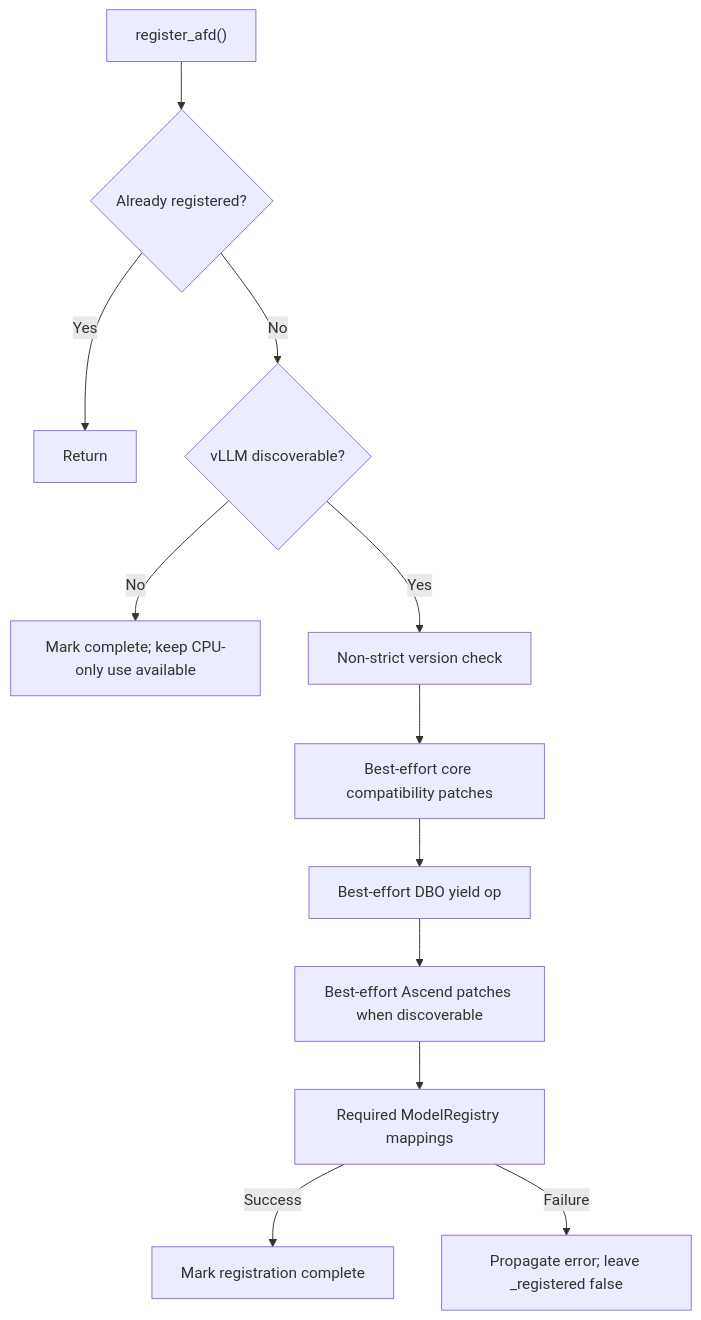
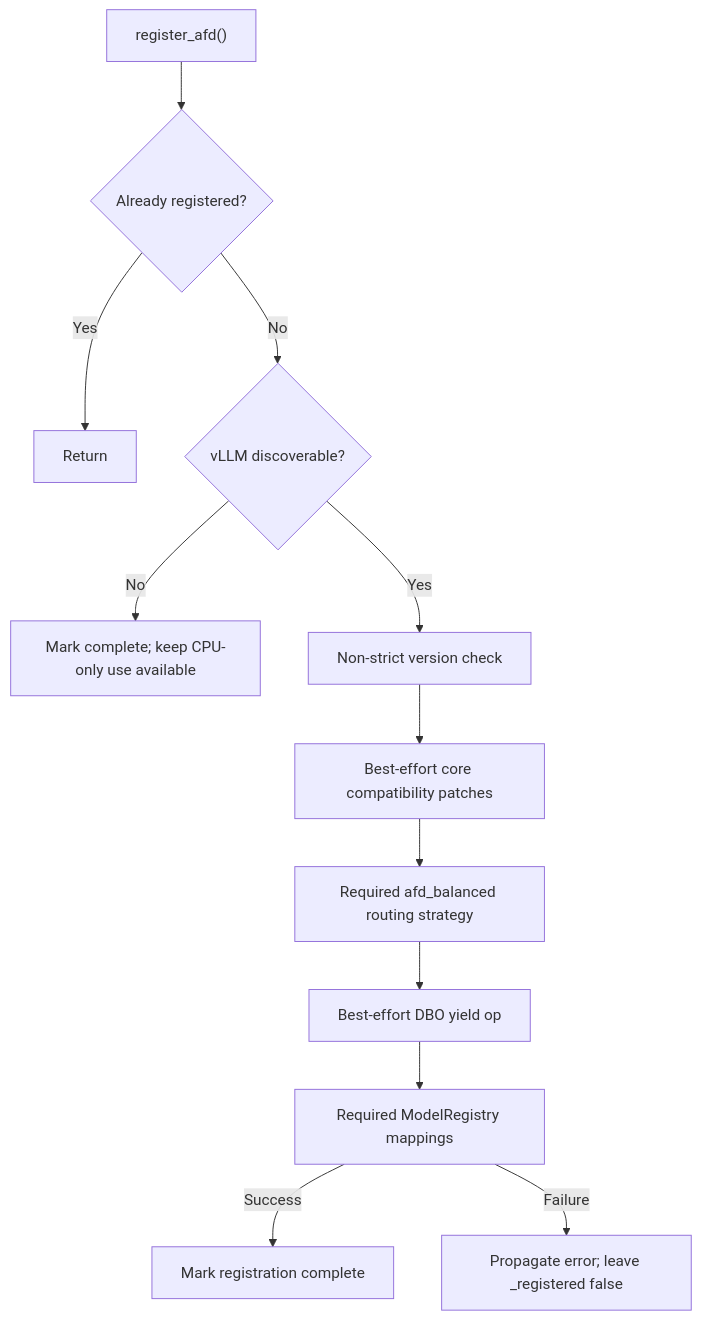
The diagram in docs/design/module/plugin_boundary.md (JiusiServe/afd-plugin), drawn with Mermaid before and after one commit. The commit also changed other lines of this file and 8 other files, not shown here.

````diff
--- a/docs/design/module/plugin_boundary.md
+++ b/docs/design/module/plugin_boundary.md
@@ -101,14 +102,14 @@
 ```mermaid
 flowchart TD
     CALL["register_afd()"] --> DONE{"Already registered?"}
     DONE -- Yes --> RETURN["Return"]
     DONE -- No --> FOUND{"vLLM discoverable?"}
     FOUND -- No --> CPU["Mark complete; keep CPU-only use available"]
     FOUND -- Yes --> VERSION["Non-strict version check"]
     VERSION --> CORE["Best-effort core compatibility patches"]
-    CORE --> DBO["Best-effort DBO yield op"]
-    DBO --> ASCEND["Best-effort Ascend patches when discoverable"]
-    ASCEND --> MODEL["Required ModelRegistry mappings"]
+    CORE --> ROUTING["Required afd_balanced routing strategy"]
+    ROUTING --> DBO["Best-effort DBO yield op"]
+    DBO --> MODEL["Required ModelRegistry mappings"]
     MODEL -->|Success| COMPLETE["Mark registration complete"]
     MODEL -->|Failure| ERROR["Propagate error; leave _registered false"]
 ```
````
